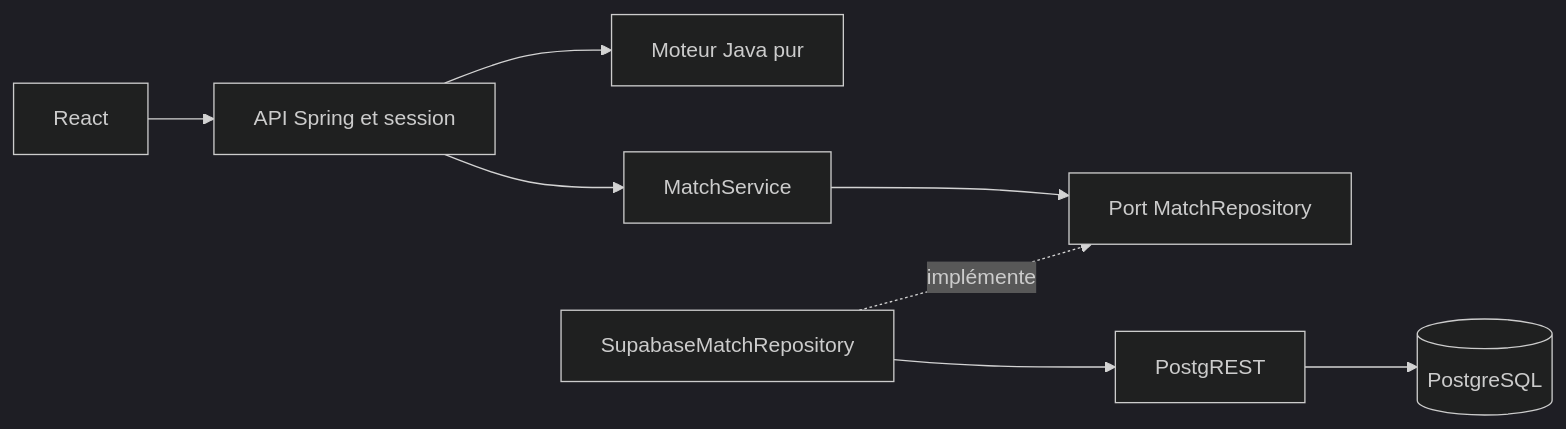
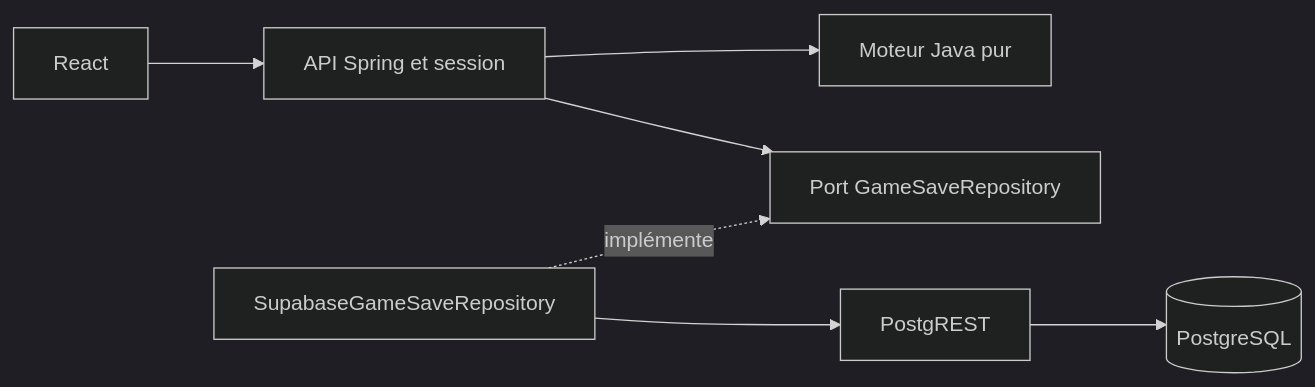
Before and after one commit to Antoine-Ferron/tiki-gaming: the diagram in docs/dame/README.md, drawn with Mermaid (dark theme). The commit also changed other lines of this file and 13 other files, not shown here.

````diff
--- a/docs/dame/README.md
+++ b/docs/dame/README.md
@@ -32,10 +35,9 @@
 ```mermaid
 flowchart LR
     UI[React] --> API[API Spring et session]
     API --> GAME[Moteur Java pur]
-    API --> SERVICE[MatchService]
-    SERVICE --> PORT[Port MatchRepository]
-    ADAPTER[SupabaseMatchRepository] -. implémente .-> PORT
+    API --> PORT[Port GameSaveRepository]
+    ADAPTER[SupabaseGameSaveRepository] -. implémente .-> PORT
     ADAPTER --> REST[PostgREST]
     REST --> DB[(PostgreSQL)]
 ```
````
